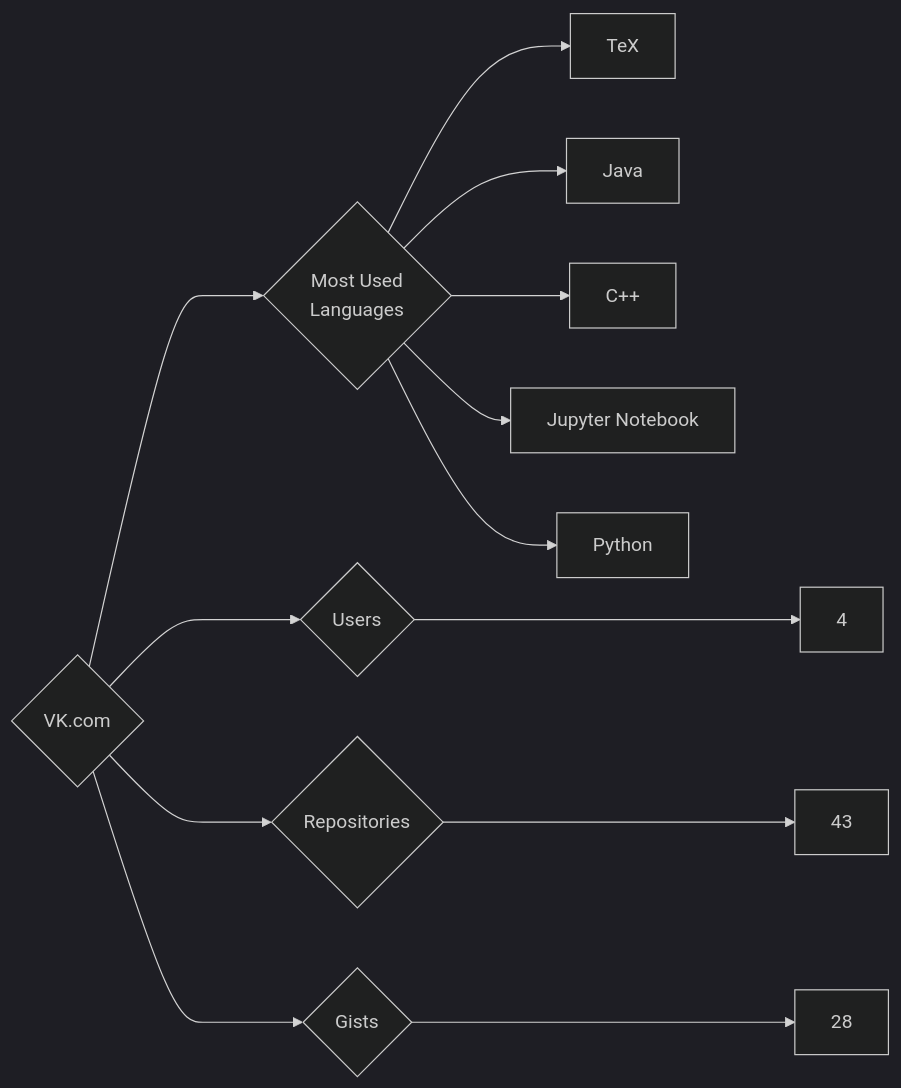
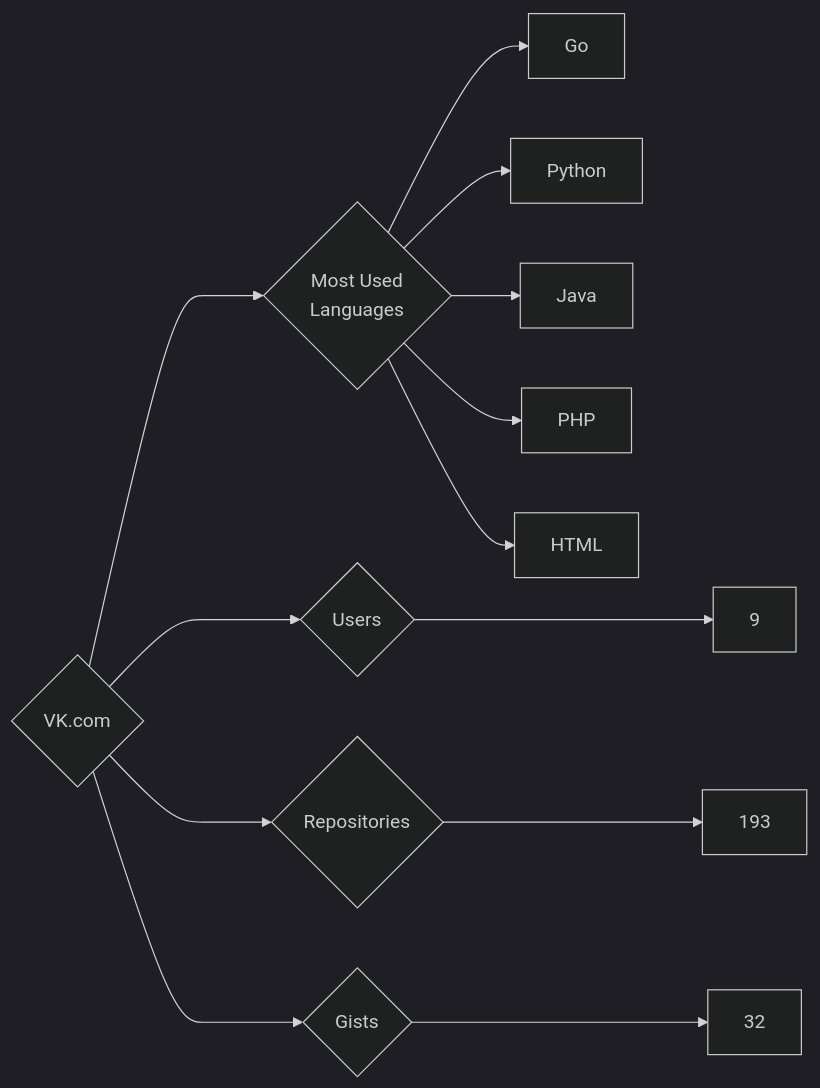
Before and after one commit to trickest/insiders: the diagram in targets/VK.com/README.md, drawn with Mermaid (dark theme). The commit also changed 773 other files, not shown here.

````diff
--- a/targets/VK.com/README.md
+++ b/targets/VK.com/README.md
@@ -3,13 +3,13 @@
 ```mermaid
 graph LR
 COMPANY_NAME{VK.com}
-COMPANY_NAME ---> U{Users} ---> UN[4]
-COMPANY_NAME ---> R{Repositories} ---> RN[43]
-COMPANY_NAME ---> G{Gists} ---> GN[28]
+COMPANY_NAME ---> U{Users} ---> UN[9]
+COMPANY_NAME ---> R{Repositories} ---> RN[193]
+COMPANY_NAME ---> G{Gists} ---> GN[32]
 COMPANY_NAME ---> ML{Most Used<br>Languages}
-ML --> TeX[TeX]
+ML --> Go[Go]
+ML --> Python[Python]
 ML --> Java[Java]
-ML --> C++[C++]
-ML --> Jupyter_Notebook[Jupyter Notebook]
-ML --> Python[Python]
+ML --> PHP[PHP]
+ML --> HTML[HTML]
 ```
````
